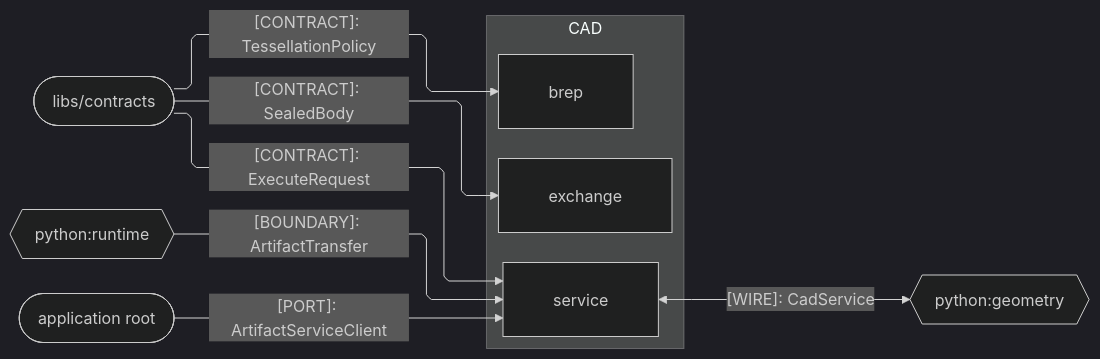
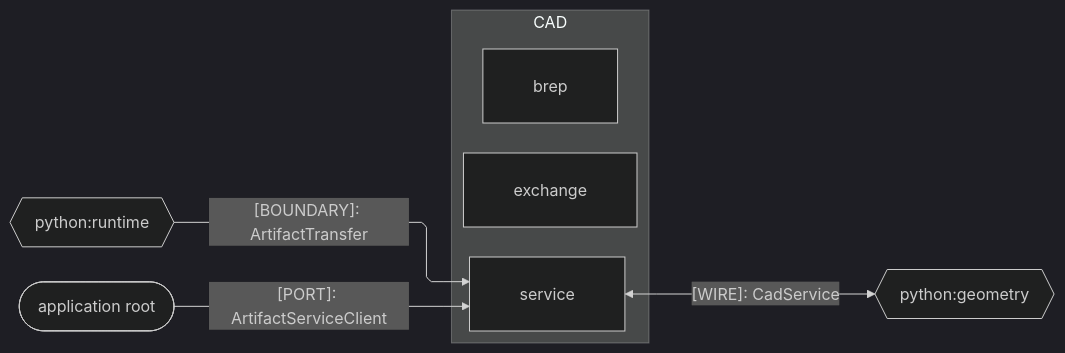
Before and after one commit to bsamiee/Rasm: the second of 3 diagrams in libs/python/cad/ARCHITECTURE.md, drawn with Mermaid (dark theme). The commit also changed other lines of this file and 616 other files, not shown here.

````diff
--- a/libs/python/cad/ARCHITECTURE.md
+++ b/libs/python/cad/ARCHITECTURE.md
@@ -112,27 +108,23 @@
 ```mermaid
 ---
 config:
   layout: elk
   flowchart:
     curve: linear
     padding: 25
 ---
 flowchart LR
     accTitle: cad provider seams to its Python branch counterparts
     accDescr: Provider owners meeting the geometry peer over one Connect wire, reading generated vocabulary from the import root and custody from runtime.
     subgraph cad[CAD]
         Service[service]
         Exchange[exchange]
         Brep[brep]
     end
     Geometry{{python:geometry}}
-    Contracts([libs/contracts])
     Runtime{{python:runtime}}
     Root([application root])
     Service e1@<-->|"[WIRE]: CadService"| Geometry
-    Contracts e2@-->|"[CONTRACT]: ExecuteRequest"| Service
-    Contracts e3@-->|"[CONTRACT]: SealedBody"| Exchange
-    Contracts e4@-->|"[CONTRACT]: TessellationPolicy"| Brep
     Root e5@-->|"[PORT]: ArtifactServiceClient"| Service
     Runtime e6@-->|"[BOUNDARY]: ArtifactTransfer"| Service
 ```
````
